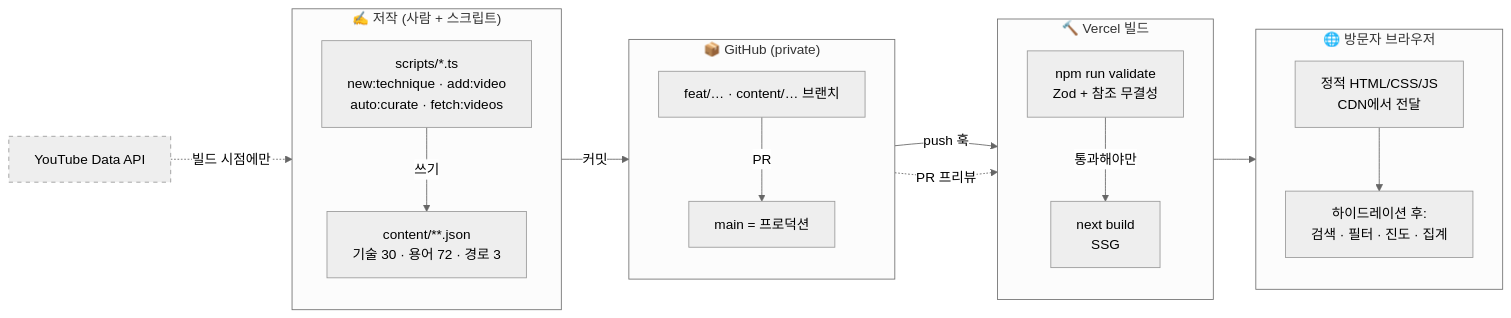
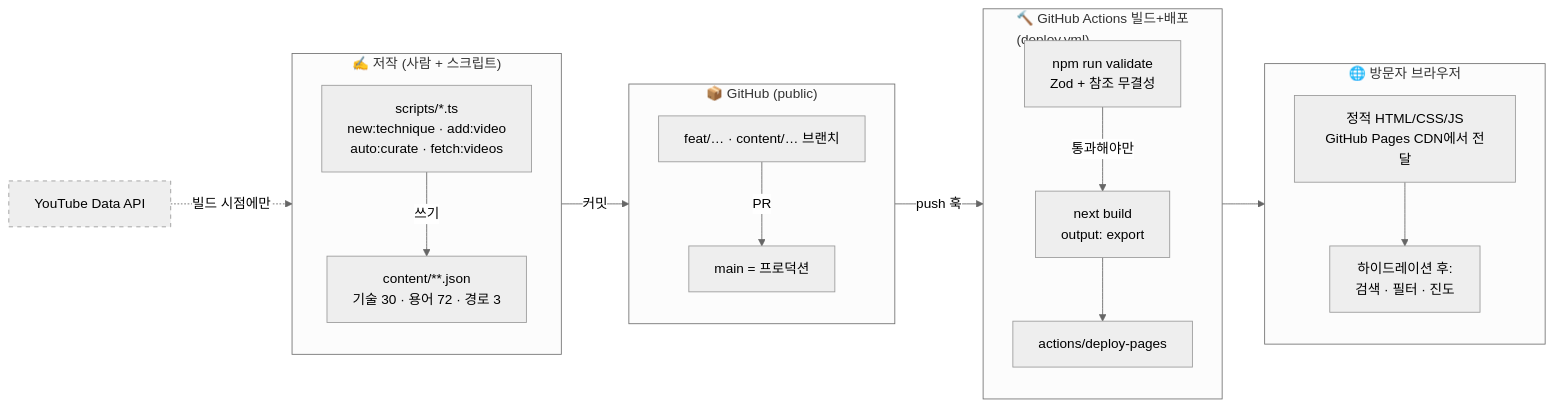
Before and after one commit to sehyunnoh/pickleball: the first of 8 diagrams in docs/ARCHITECTURE.md, drawn with Mermaid (neutral theme). The commit also changed other lines of this file and 19 other files, not shown here.

First line of the commit message:
feat: migrate deployment from Vercel to GitHub Pages (#20)

````diff
--- a/docs/ARCHITECTURE.md
+++ b/docs/ARCHITECTURE.md
@@ -20,39 +20,40 @@
 ```mermaid
 flowchart LR
     subgraph authoring["✍️ 저작 (사람 + 스크립트)"]
         direction TB
         JSON["content/**.json<br/>기술 30 · 용어 72 · 경로 3"]
         CLI["scripts/*.ts<br/>new:technique · add:video<br/>auto:curate · fetch:videos"]
         CLI -->|쓰기| JSON
     end
 
-    subgraph git["📦 GitHub (private)"]
+    subgraph git["📦 GitHub (public)"]
         direction TB
         BR["feat/… · content/… 브랜치"]
         MAIN["main = 프로덕션"]
         BR -->|PR| MAIN
     end
 
-    subgraph build["🔨 Vercel 빌드"]
+    subgraph build["🔨 GitHub Actions 빌드+배포<br/>(deploy.yml)"]
         direction TB
         VAL["npm run validate<br/>Zod + 참조 무결성"]
-        NEXT["next build<br/>SSG"]
+        NEXT["next build<br/>output: export"]
+        PAGES["actions/deploy-pages"]
         VAL -->|통과해야만| NEXT
+        NEXT --> PAGES
     end
 
     subgraph runtime["🌐 방문자 브라우저"]
         direction TB
-        HTML["정적 HTML/CSS/JS<br/>CDN에서 전달"]
-        CLIENT["하이드레이션 후:<br/>검색 · 필터 · 진도 · 집계"]
+        HTML["정적 HTML/CSS/JS<br/>GitHub Pages CDN에서 전달"]
+        CLIENT["하이드레이션 후:<br/>검색 · 필터 · 진도"]
         HTML --> CLIENT
     end
 
     YT["YouTube Data API"]
     authoring -->|커밋| git
     YT -.->|빌드 시점에만| CLI
     MAIN -->|push 훅| build
-    BR -.->|PR 프리뷰| build
     build --> runtime
 
     style YT stroke-dasharray: 5 5
 ```
````
